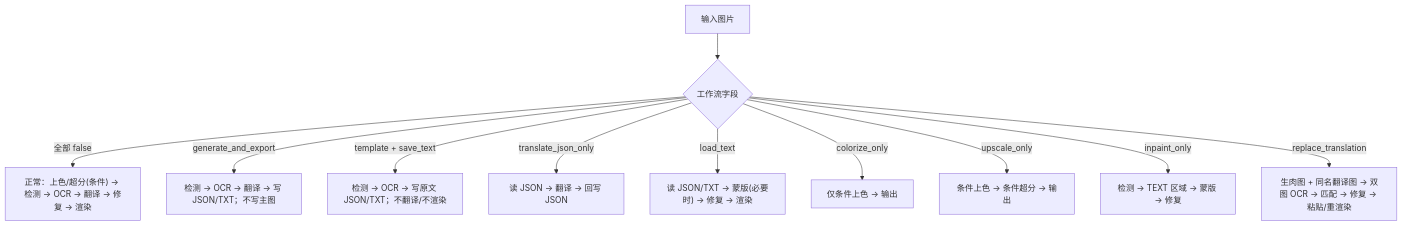
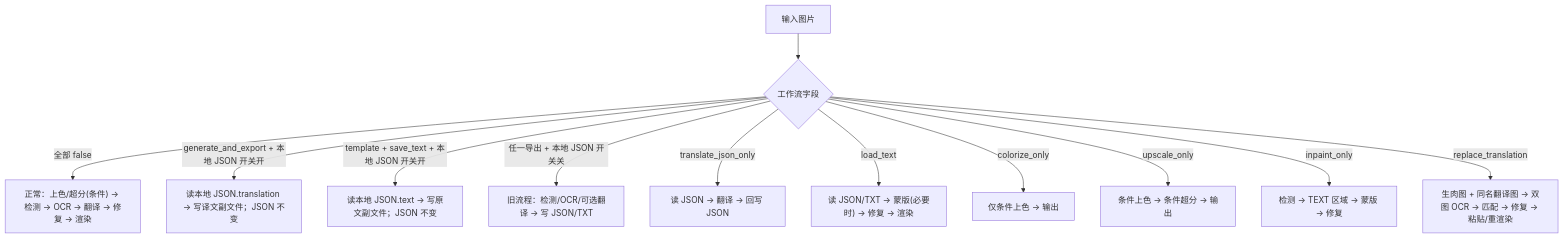
Before and after one commit to hgmzhn/manga-translator-ui: the first of 2 diagrams in doc/wiki/zh/desktop/settings/mode-specific.md, drawn with Mermaid. The commit also changed other lines of this file and 28 other files, not shown here.

Commit message:
feat: export text from local project JSON

````diff
--- a/doc/wiki/zh/desktop/settings/mode-specific.md
+++ b/doc/wiki/zh/desktop/settings/mode-specific.md
@@ -84,13 +88,14 @@
 ```mermaid
 flowchart TD
     A["输入图片"] --> B{"工作流字段"}
     B -->|全部 false| N["正常：上色/超分(条件) → 检测 → OCR → 翻译 → 修复 → 渲染"]
-    B -->|generate_and_export| ET["检测 → OCR → 翻译 → 写 JSON/TXT；不写主图"]
-    B -->|template + save_text| EO["检测 → OCR → 写原文 JSON/TXT；不翻译/不渲染"]
+    B -->|generate_and_export + 本地 JSON 开关开| ET["读本地 JSON.translation → 写译文副文件；JSON 不变"]
+    B -->|template + save_text + 本地 JSON 开关开| EO["读本地 JSON.text → 写原文副文件；JSON 不变"]
+    B -->|任一导出 + 本地 JSON 开关关| LEGACY["旧流程：检测/OCR/可选翻译 → 写 JSON/TXT"]
     B -->|translate_json_only| J["读 JSON → 翻译 → 回写 JSON"]
     B -->|load_text| I["读 JSON/TXT → 蒙版(必要时) → 修复 → 渲染"]
     B -->|colorize_only| C["仅条件上色 → 输出"]
     B -->|upscale_only| U["条件上色 → 条件超分 → 输出"]
     B -->|inpaint_only| P["检测 → TEXT 区域 → 蒙版 → 修复"]
     B -->|replace_translation| R["生肉图 + 同名翻译图 → 双图 OCR → 匹配 → 修复 → 粘贴/重渲染"]
 ```
````
